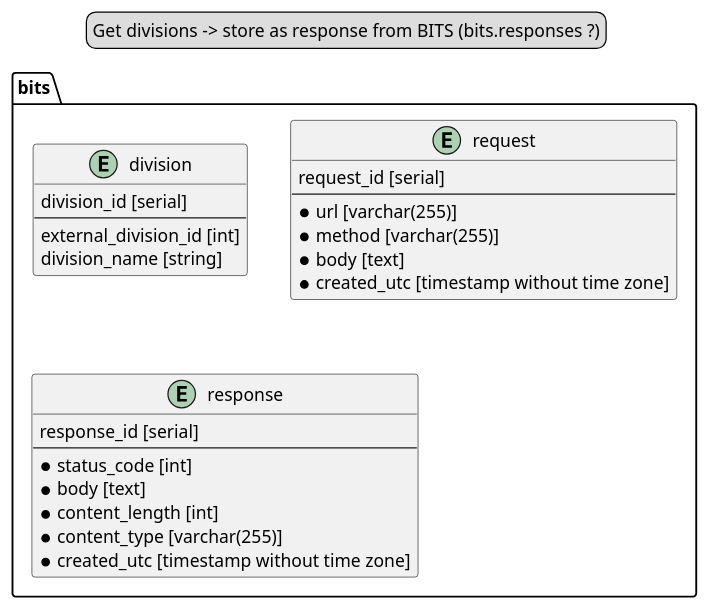
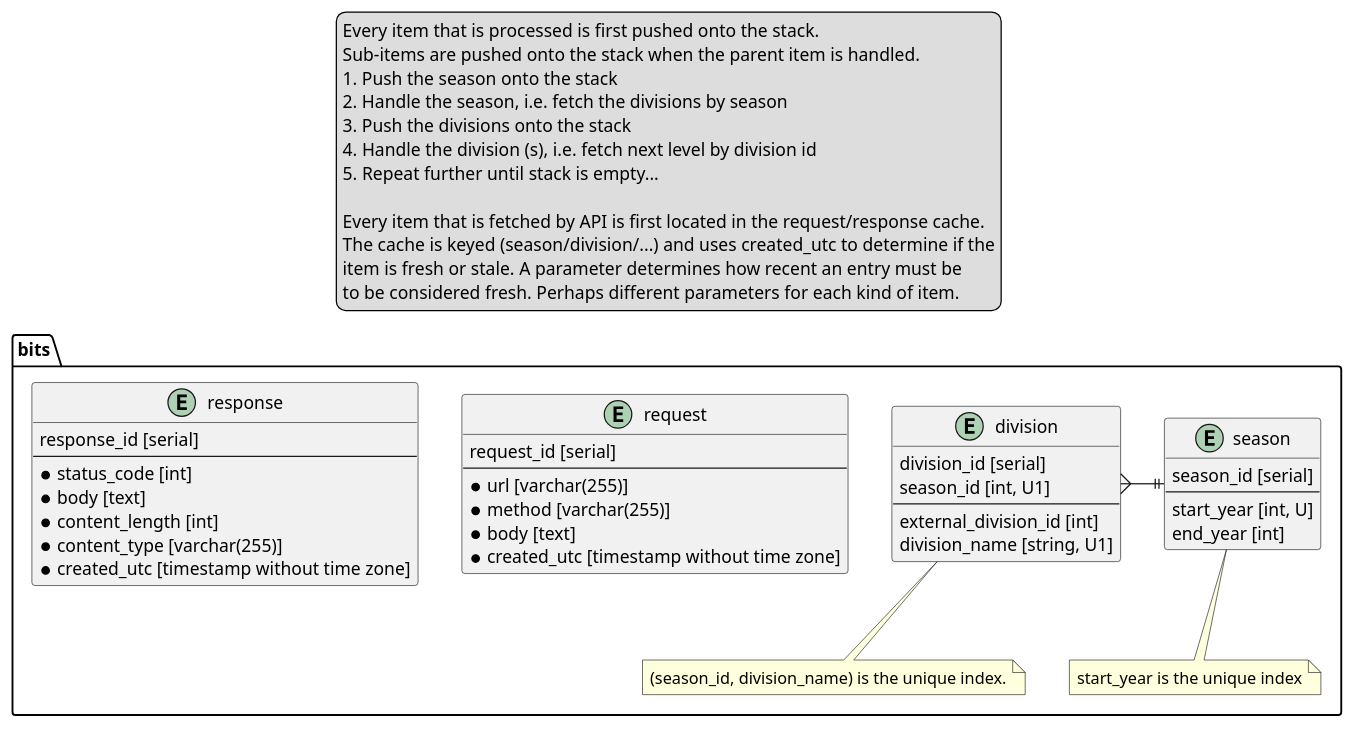
Before and after one commit to dlidstrom/Snittlistan: the diagram in SportBowling/Tool/Database.plantuml, drawn with PlantUML.

```diff
--- a/SportBowling/Tool/Database.plantuml
+++ b/SportBowling/Tool/Database.plantuml
@@ -1,35 +1,63 @@
 @startuml Database
 
 legend top
-Get divisions -> store as response from BITS (bits.responses ?)
+Every item that is processed is first pushed onto the stack.
+Sub-items are pushed onto the stack when the parent item is handled.
+1. Push the season onto the stack
+2. Handle the season, i.e. fetch the divisions by season
+3. Push the divisions onto the stack
+4. Handle the division (s), i.e. fetch next level by division id
+5. Repeat further until stack is empty...
+
+Every item that is fetched by API is first located in the request/response cache.
+The cache is keyed (season/division/...) and uses created_utc to determine if the
+item is fresh or stale. A parameter determines how recent an entry must be
+to be considered fresh. Perhaps different parameters for each kind of item.
 end legend
 
 package bits {
+    entity season {
+        season_id [serial]
+        --
+        start_year [int, U]
+        end_year [int]
+    }
+    note bottom
+    start_year is the unique index
+    end note
+
     entity division {
         division_id [serial]
+        season_id [int, U1]
         --
         external_division_id [int]
-        division_name [string]
+        division_name [string, U1]
     }
+
+    note bottom
+    (season_id, division_name) is the unique index.
+    end note
+
+    division }-|| season
 
     entity request {
         request_id [serial]
         --
         * url [varchar(255)]
         * method [varchar(255)]
         * body [text]
         * created_utc [timestamp without time zone]
     }
 
     entity response {
         response_id [serial]
         --
         * status_code [int]
         * body [text]
         * content_length [int]
         * content_type [varchar(255)]
         * created_utc [timestamp without time zone]
     }
 }
 
 @enduml
```
